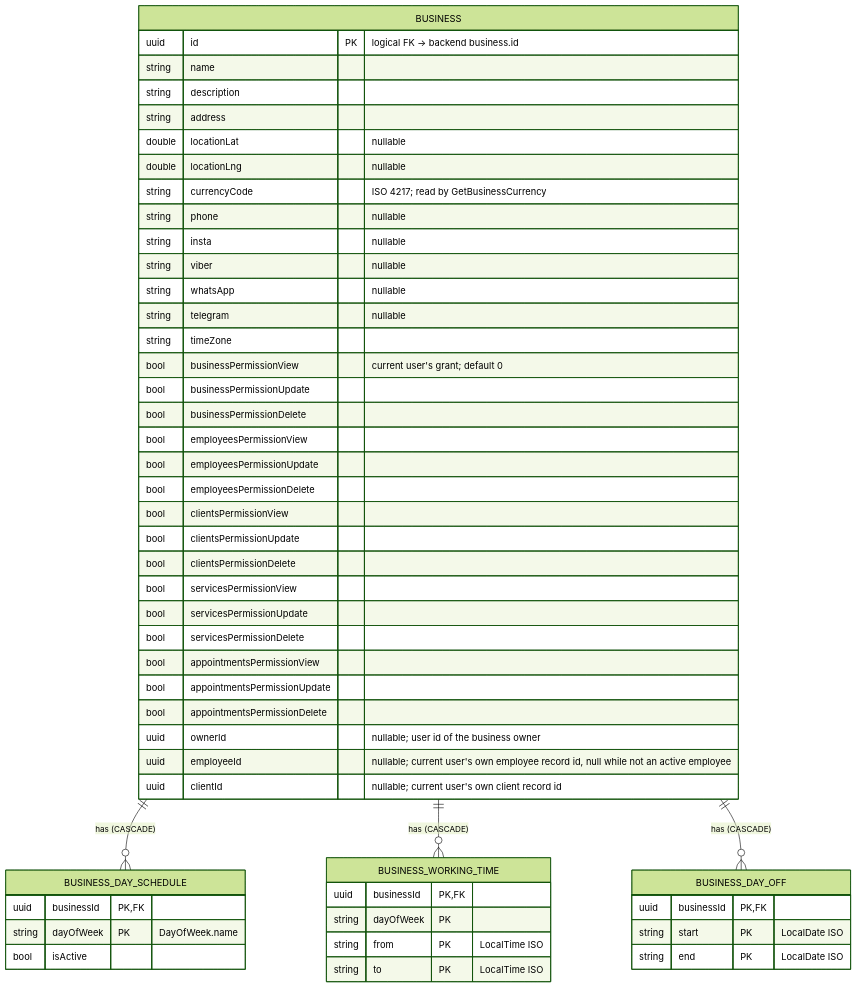
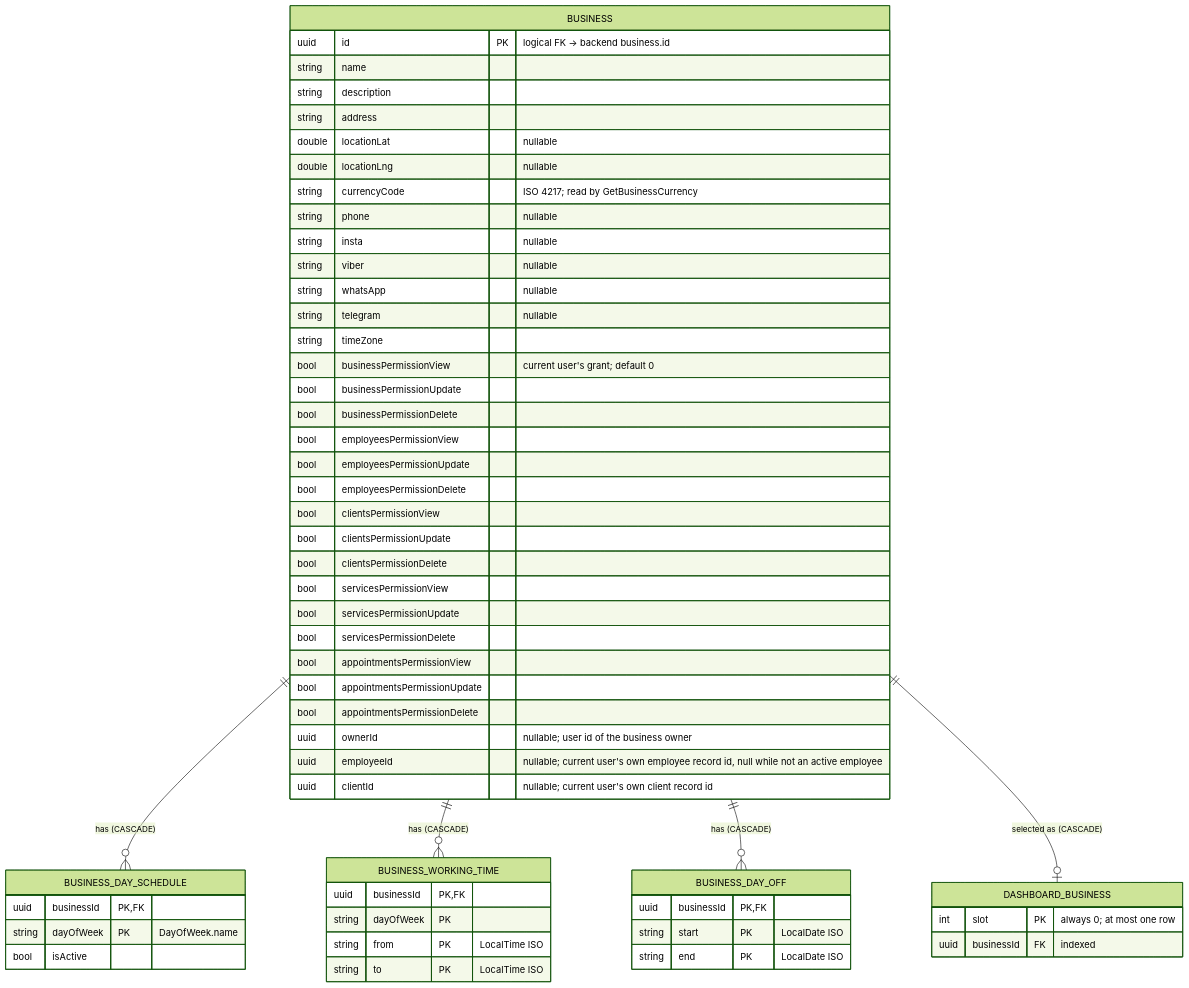
One commit to nocturneproperties/bookkme-client changed the diagram in docs/database/business.md. Above: the diagram before and after it, drawn with Mermaid (forest theme). The commit also changed other lines of this file and 32 other files, not shown here.

````diff
--- a/docs/database/business.md
+++ b/docs/database/business.md
@@ -13,59 +14,65 @@
 ```mermaid
 erDiagram
     BUSINESS ||--o{ BUSINESS_DAY_SCHEDULE : "has (CASCADE)"
     BUSINESS ||--o{ BUSINESS_WORKING_TIME : "has (CASCADE)"
     BUSINESS ||--o{ BUSINESS_DAY_OFF : "has (CASCADE)"
+    BUSINESS ||--o| DASHBOARD_BUSINESS : "selected as (CASCADE)"
 
     BUSINESS {
         uuid id PK "logical FK -> backend business.id"
         string name
         string description
         string address
         double locationLat "nullable"
         double locationLng "nullable"
         string currencyCode "ISO 4217; read by GetBusinessCurrency"
         string phone "nullable"
         string insta "nullable"
         string viber "nullable"
         string whatsApp "nullable"
         string telegram "nullable"
         string timeZone
         bool businessPermissionView "current user's grant; default 0"
         bool businessPermissionUpdate
         bool businessPermissionDelete
         bool employeesPermissionView
         bool employeesPermissionUpdate
         bool employeesPermissionDelete
         bool clientsPermissionView
         bool clientsPermissionUpdate
         bool clientsPermissionDelete
         bool servicesPermissionView
         bool servicesPermissionUpdate
         bool servicesPermissionDelete
         bool appointmentsPermissionView
         bool appointmentsPermissionUpdate
         bool appointmentsPermissionDelete
         uuid ownerId "nullable; user id of the business owner"
         uuid employeeId "nullable; current user's own employee record id, null while not an active employee"
         uuid clientId "nullable; current user's own client record id"
     }
 
     BUSINESS_DAY_SCHEDULE {
         uuid businessId PK,FK
         string dayOfWeek PK "DayOfWeek.name"
         bool isActive
     }
 
     BUSINESS_WORKING_TIME {
         uuid businessId PK,FK
         string dayOfWeek PK
         string from PK "LocalTime ISO"
         string to PK "LocalTime ISO"
     }
 
     BUSINESS_DAY_OFF {
         uuid businessId PK,FK
         string start PK "LocalDate ISO"
         string end PK "LocalDate ISO"
     }
+
+    DASHBOARD_BUSINESS {
+        int slot PK "always 0; at most one row"
+        uuid businessId FK "indexed"
+    }
 ```
````
